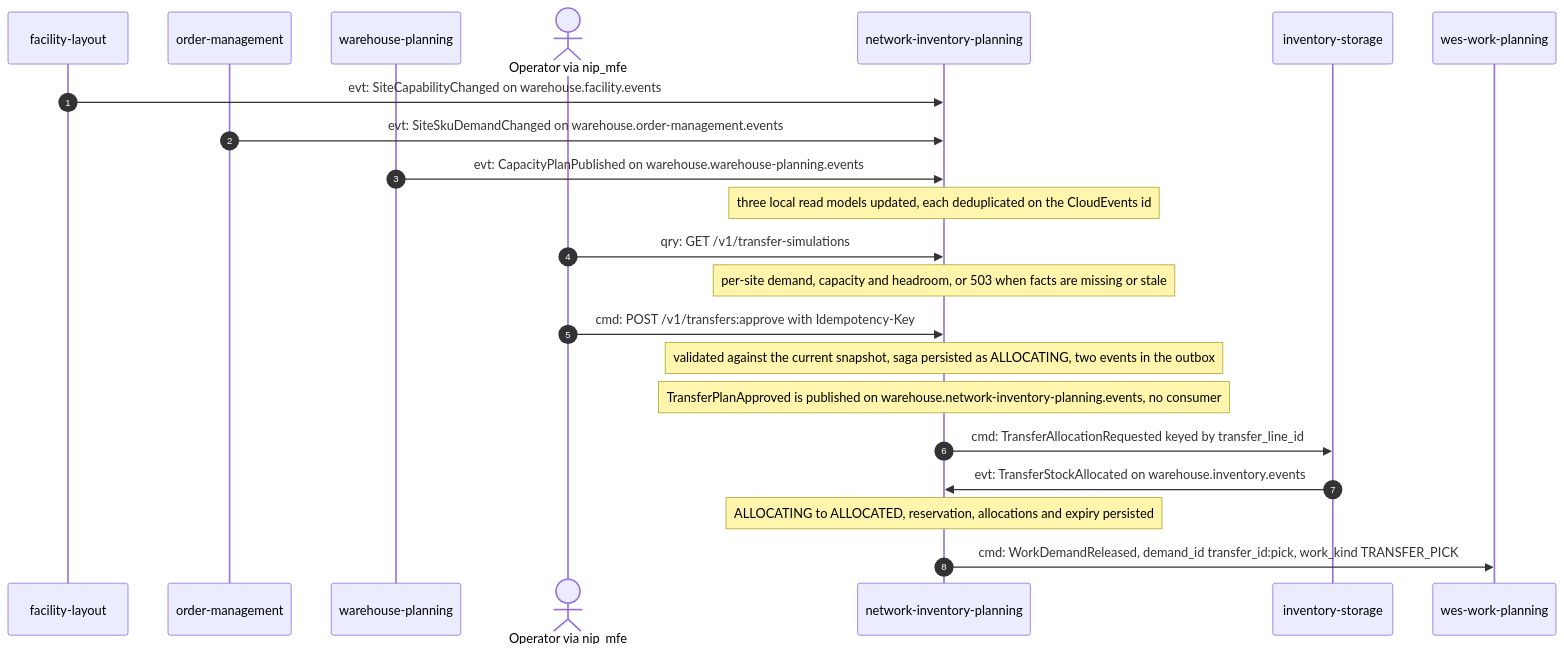
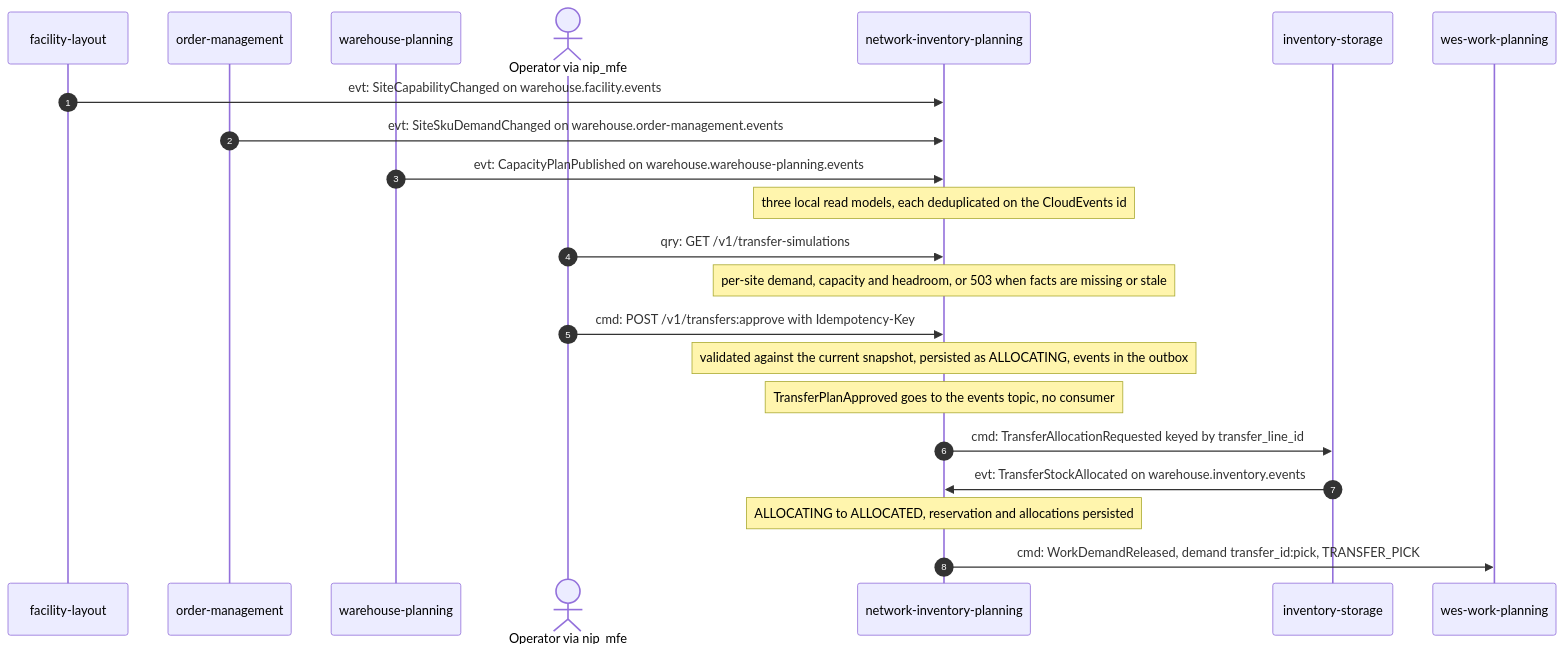
One commit to IQVO/warehouse-docs changed the first of 4 diagrams in docs/contexts/network-inventory-planning/domain-message-flow.md. Above: the diagram before and after it, drawn with Mermaid. The commit also changed other lines of this file and 115 other files, not shown here.

````diff
--- a/docs/contexts/network-inventory-planning/domain-message-flow.md
+++ b/docs/contexts/network-inventory-planning/domain-message-flow.md
@@ -25,24 +22,24 @@
 ```mermaid
 sequenceDiagram
   autonumber
   participant FL as facility-layout
   participant OM as order-management
   participant WPL as warehouse-planning
   actor Op as Operator via nip_mfe
   participant NIP as network-inventory-planning
   participant INV as inventory-storage
   participant WP as wes-work-planning
   FL->>NIP: evt: SiteCapabilityChanged on warehouse.facility.events
   OM->>NIP: evt: SiteSkuDemandChanged on warehouse.order-management.events
   WPL->>NIP: evt: CapacityPlanPublished on warehouse.warehouse-planning.events
-  Note over NIP: three local read models updated, each deduplicated on the CloudEvents id
+  Note over NIP: three local read models, each deduplicated on the CloudEvents id
   Op->>NIP: qry: GET /v1/transfer-simulations
   Note over NIP: per-site demand, capacity and headroom, or 503 when facts are missing or stale
   Op->>NIP: cmd: POST /v1/transfers:approve with Idempotency-Key
-  Note over NIP: validated against the current snapshot, saga persisted as ALLOCATING, two events in the outbox
-  Note over NIP: TransferPlanApproved is published on warehouse.network-inventory-planning.events, no consumer
+  Note over NIP: validated against the current snapshot, persisted as ALLOCATING, events in the outbox
+  Note over NIP: TransferPlanApproved goes to the events topic, no consumer
   NIP->>INV: cmd: TransferAllocationRequested keyed by transfer_line_id
   INV->>NIP: evt: TransferStockAllocated on warehouse.inventory.events
-  Note over NIP: ALLOCATING to ALLOCATED, reservation, allocations and expiry persisted
-  NIP->>WP: cmd: WorkDemandReleased, demand_id transfer_id:pick, work_kind TRANSFER_PICK
+  Note over NIP: ALLOCATING to ALLOCATED, reservation and allocations persisted
+  NIP->>WP: cmd: WorkDemandReleased, demand transfer_id:pick, TRANSFER_PICK
 ```
````
